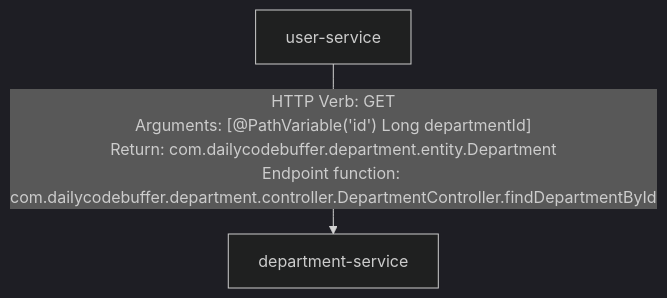
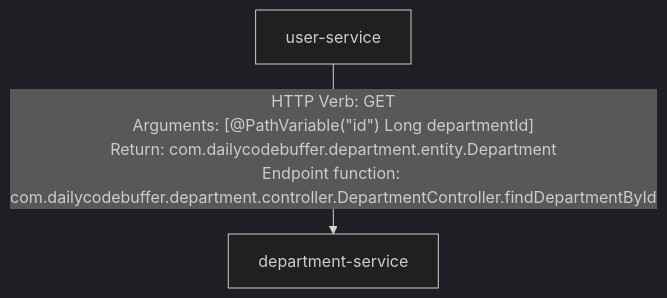
Before and after one commit to M3SOulu/EMSE2025SAR-Replication: the diagram in Springboot-Microservice-output/prophet-processed.mmd, drawn with Mermaid (dark theme). The commit also changed other lines of this file and 19 other files, not shown here.

```diff
--- a/Springboot-Microservice-output/prophet-processed.mmd
+++ b/Springboot-Microservice-output/prophet-processed.mmd
@@ -1,2 +1,2 @@
 graph TD
-    user-service-->|"HTTP Verb: GET<br/>Arguments: [@PathVariable('id') Long departmentId]<br/>Return: com.dailycodebuffer.department.entity.Department<br/>Endpoint function: com.dailycodebuffer.department.controller.DepartmentController.findDepartmentById"|department-service
+user-service-->|"HTTP Verb: GET<br/>Arguments: [@PathVariable(#quot;id#quot;) Long departmentId]<br/>Return: com.dailycodebuffer.department.entity.Department<br/>Endpoint function: com.dailycodebuffer.department.controller.DepartmentController.findDepartmentById"|department-service
```
